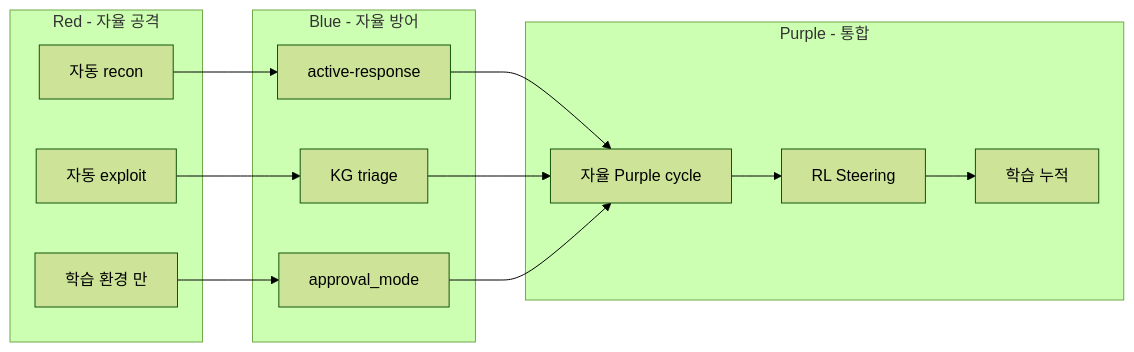
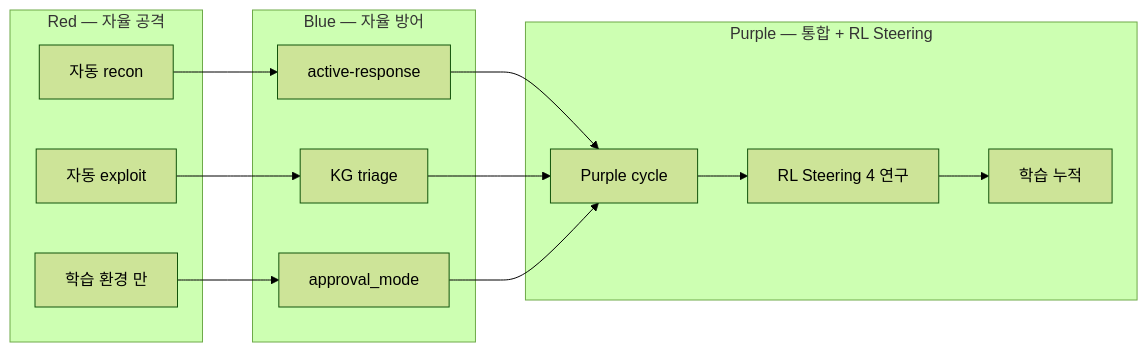
One commit to mrgrit/ccc changed the fourth of 4 diagrams in contents/standalone/lecture/aisec/week12.md. Above: the diagram before and after it, drawn with Mermaid (forest theme). The commit also changed other lines of this file and 14 other files, not shown here.

````diff
--- a/contents/standalone/lecture/aisec/week12.md
+++ b/contents/standalone/lecture/aisec/week12.md
@@ -335,25 +621,25 @@
 ```mermaid
 flowchart LR
-    subgraph Red [Red - 자율 공격]
+    subgraph Red ["Red — 자율 공격"]
         R1[자동 recon]
         R2[자동 exploit]
         R3[학습 환경 만]
     end
 
-    subgraph Blue [Blue - 자율 방어]
+    subgraph Blue ["Blue — 자율 방어"]
         B1[active-response]
         B2[KG triage]
         B3[approval_mode]
     end
 
-    subgraph Purple [Purple - 통합]
-        P1[자율 Purple cycle]
-        P2[RL Steering]
+    subgraph Purple ["Purple — 통합 + RL Steering"]
+        P1[Purple cycle]
+        P2[RL Steering 4 연구]
         P3[학습 누적]
     end
 
     R1 --> B1 --> P1
     R2 --> B2 --> P1
     R3 --> B3 --> P1
     P1 --> P2 --> P3
 ```
````
